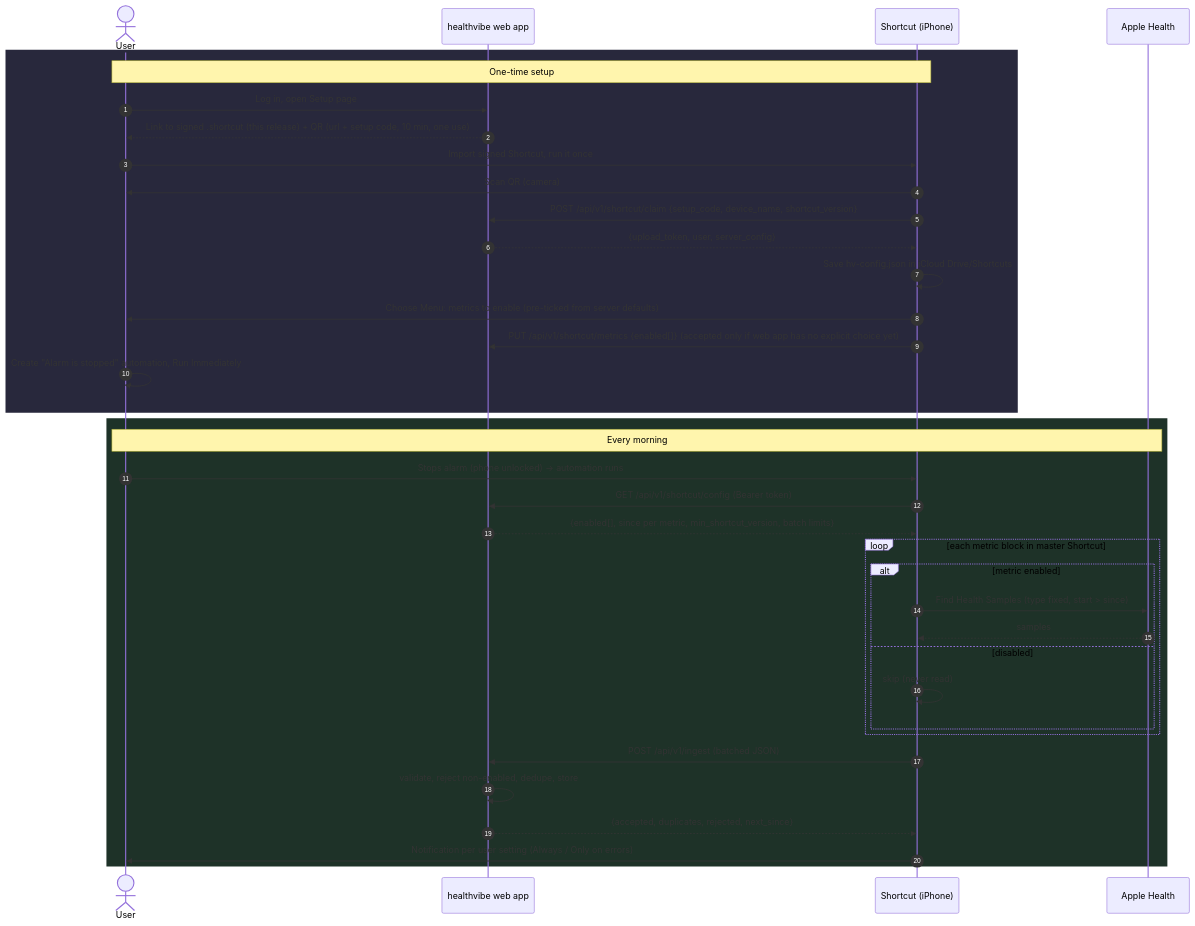
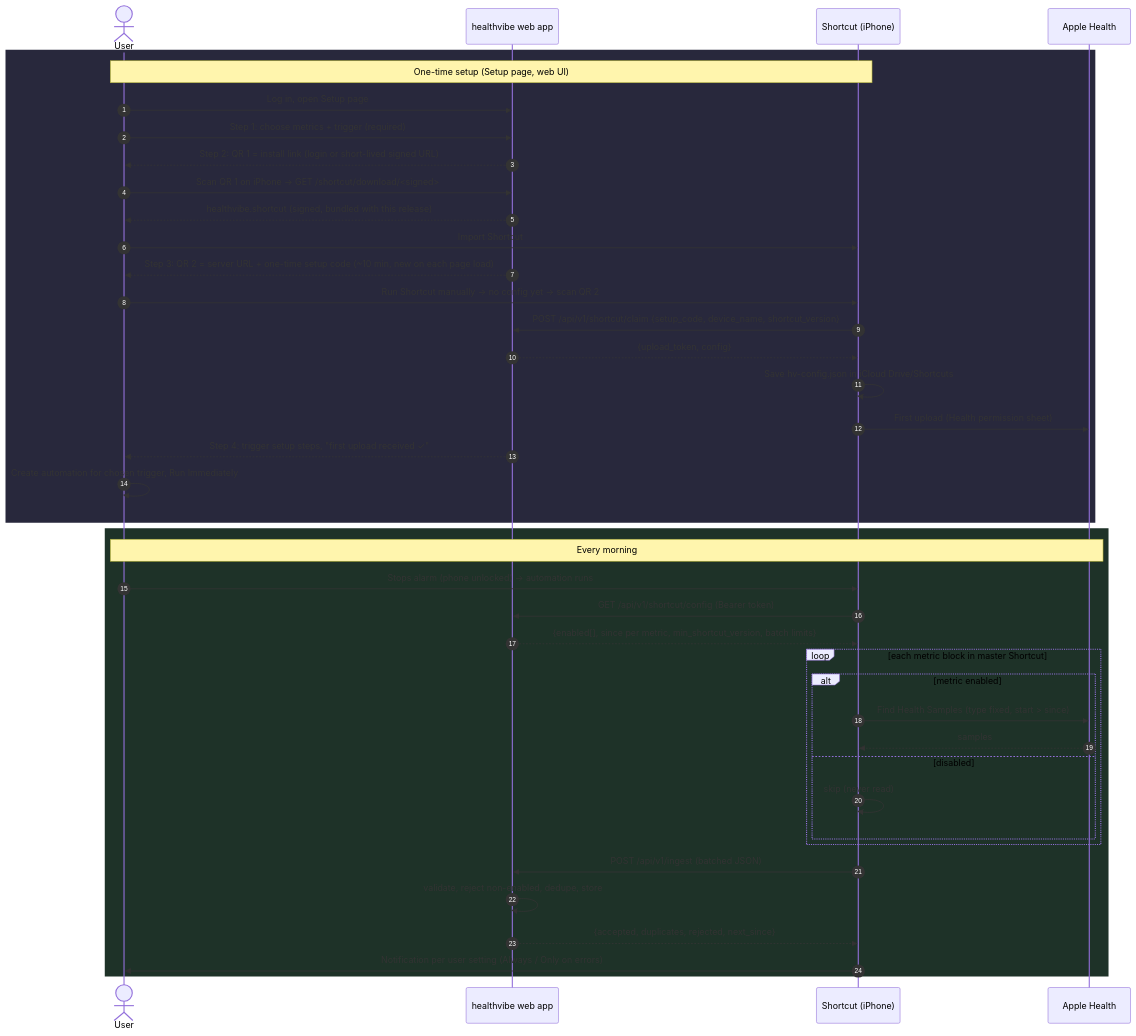
The diagram in docs/shortcut-design.md (mortbrew/healthvibe), drawn with Mermaid before and after one commit. The commit also changed other lines of this file and 1 other file, not shown here.

Commit message:
docs: web-only sync settings, two-QR onboarding, server-hosted Shortcut, build guide, help page

````diff
--- a/docs/shortcut-design.md
+++ b/docs/shortcut-design.md
@@ -21,41 +21,45 @@
 ```mermaid
 sequenceDiagram
     autonumber
     actor U as User
     participant W as healthvibe web app
     participant S as Shortcut (iPhone)
     participant H as Apple Health
 
     rect rgb(40,40,60)
-    note over U,S: One-time setup
+    note over U,S: One-time setup (Setup page, web UI)
     U->>W: Log in, open Setup page
-    W-->>U: Link to signed .shortcut (this release) + QR (url + setup code, 10 min, one use)
-    U->>S: Import signed Shortcut, run it once
-    S->>U: Scan QR (camera)
+    U->>W: Step 1: choose metrics + trigger (required)
+    W-->>U: Step 2: QR 1 = install link (login or short-lived signed URL)
+    U->>W: Scan QR 1 on iPhone → GET /shortcut/download/<signed>
+    W-->>U: healthvibe.shortcut (signed, bundled with this release)
+    U->>S: Import Shortcut
+    W-->>U: Step 3: QR 2 = server URL + one-time setup code (~10 min, new on each page load)
+    U->>S: Run Shortcut manually → no config yet → scan QR 2
     S->>W: POST /api/v1/shortcut/claim {setup_code, device_name, shortcut_version}
-    W-->>S: {upload_token, user, server_config}
+    W-->>S: {upload_token, config}
     S->>S: Save hv-config.json in iCloud Drive/Shortcuts
-    S->>U: Choose Menu: metrics to enable (pre-ticked from server defaults)
-    S->>W: PUT /api/v1/shortcut/metrics {enabled[]} (accepted only if web app has no explicit choice yet)
-    U->>U: Create "Alarm is stopped" automation, Run Immediately
+    S->>H: First upload (Health permission sheet)
+    W-->>U: Step 4: trigger setup steps, "first upload received ✓"
+    U->>U: Create automation for chosen trigger, Run Immediately
     end
 
     rect rgb(30,50,40)
     note over U,H: Every morning
     U->>S: Stops alarm (phone unlocked) → automation runs
     S->>W: GET /api/v1/shortcut/config (Bearer token)
     W-->>S: {enabled[], since per metric, min_shortcut_version, batch limits}
     loop each metric block in master Shortcut
         alt metric enabled
             S->>H: Find Health Samples (type fixed, start > since)
             H-->>S: samples
         else disabled
             S->>S: skip (never read)
         end
     end
     S->>W: POST /api/v1/ingest (batched JSON)
     W->>W: validate, reject non-enabled, dedupe, store
     W-->>S: {accepted, duplicates, rejected, next_since}
     S->>U: Notification per user setting (Always / Only on errors)
     end
 ```
````
